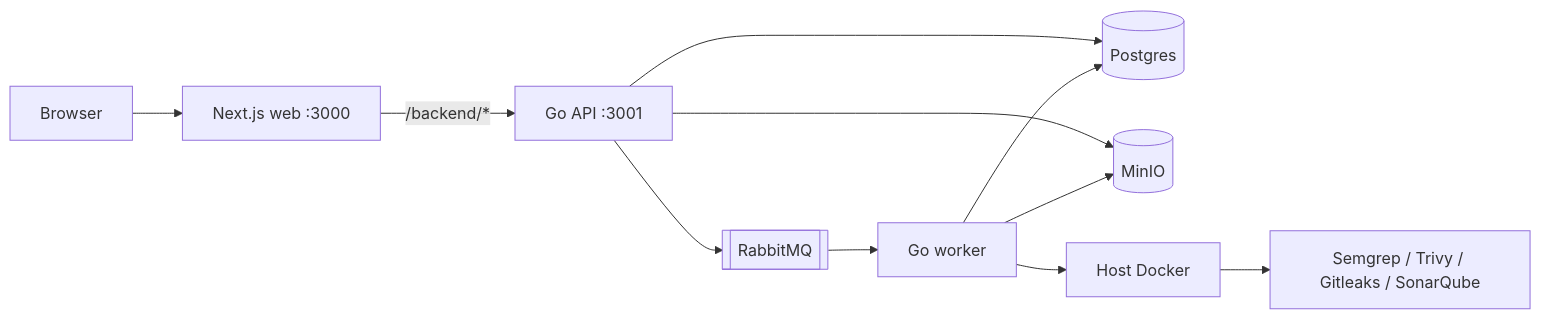
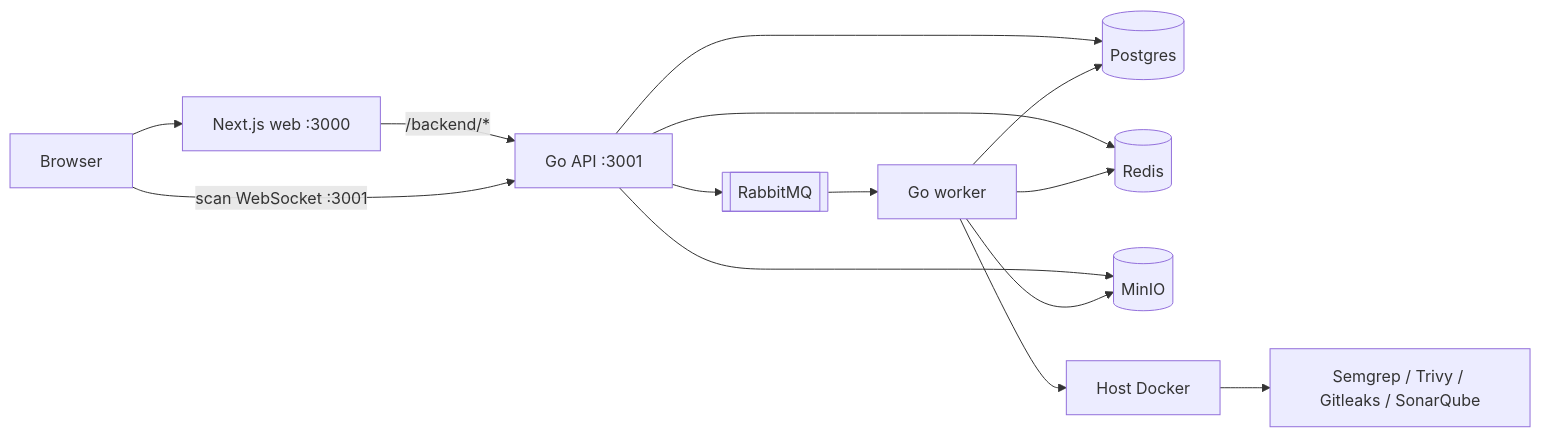
One commit to BugCodeLabs/BugCodeShield changed the first of 6 diagrams in docs/data-flow.md. Above: the diagram before and after it, drawn with Mermaid. The commit also changed other lines of this file and 21 other files, not shown here.

````diff
--- a/docs/data-flow.md
+++ b/docs/data-flow.md
@@ -7,23 +7,27 @@
 ```mermaid
 flowchart LR
   Browser[Browser]
   Web[Next.js web :3000]
   API[Go API :3001]
   PG[(Postgres)]
   Q[[RabbitMQ]]
+  Redis[(Redis)]
   Minio[(MinIO)]
   Worker[Go worker]
   Docker[Host Docker]
   Scanners[Semgrep / Trivy / Gitleaks / SonarQube]
 
   Browser --> Web
   Web -->|"/backend/*"| API
+  Browser -->|"scan WebSocket :3001"| API
   API --> PG
   API --> Q
+  API --> Redis
   API --> Minio
   Q --> Worker
   Worker --> PG
+  Worker --> Redis
   Worker --> Minio
   Worker --> Docker
   Docker --> Scanners
 ```
````
